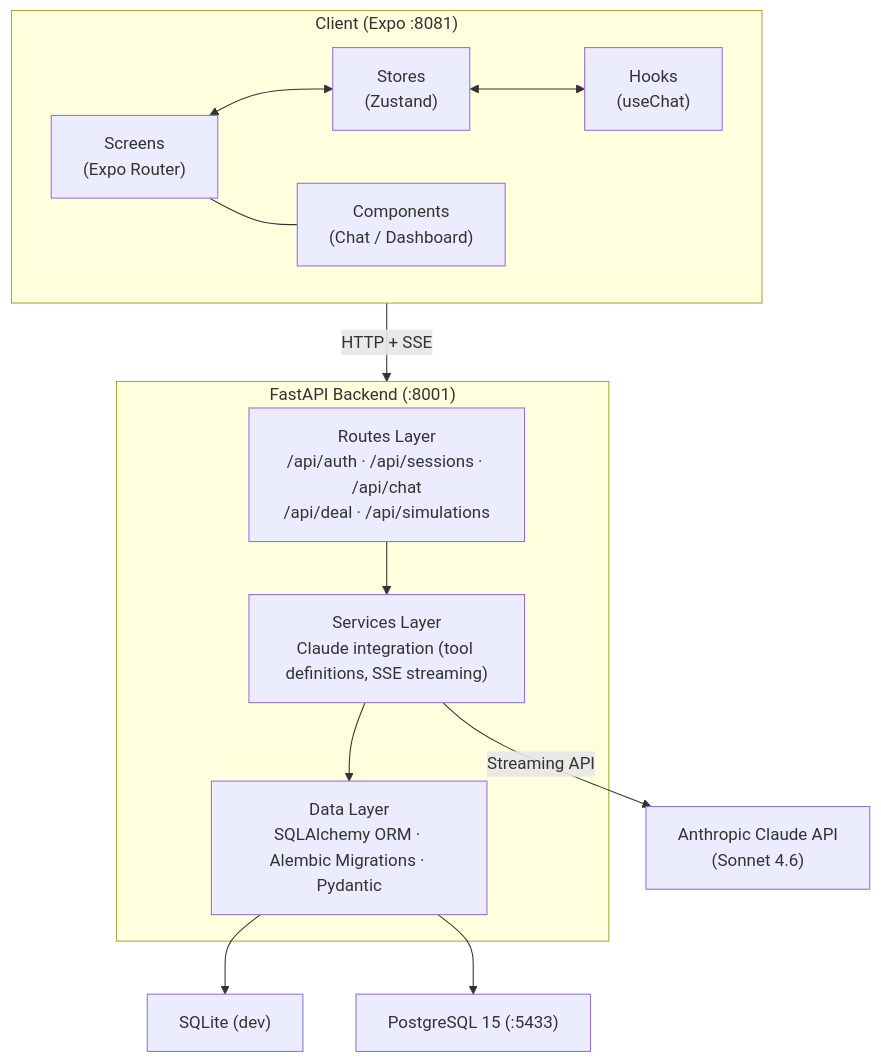
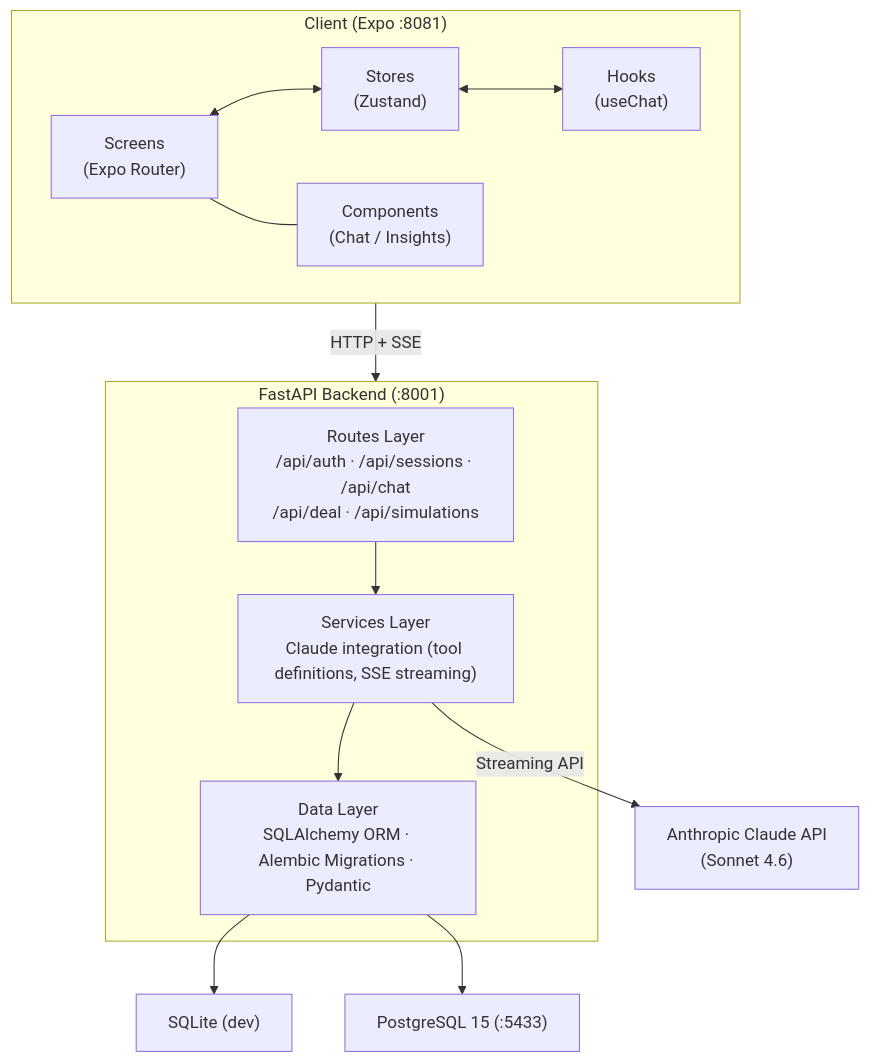
One commit to kramersmith/dealership-ai changed the first of 2 diagrams in docs/TRD.md. Above: the diagram before and after it, drawn with Mermaid. The commit also changed other lines of this file and 22 other files, not shown here.

First line of the commit message:
refactor(frontend): rename dashboard to insights and extract shared constants

````diff
--- a/docs/TRD.md
+++ b/docs/TRD.md
@@ -70,24 +70,24 @@
 ```mermaid
 graph TB
     subgraph Client["Client (Expo :8081)"]
         Screens["Screens<br/>(Expo Router)"]
         Stores["Stores<br/>(Zustand)"]
         Hooks["Hooks<br/>(useChat)"]
-        Components["Components<br/>(Chat / Dashboard)"]
+        Components["Components<br/>(Chat / Insights)"]
         Screens <--> Stores <--> Hooks
         Screens --- Components
     end
 
     Client -->|"HTTP + SSE"| Backend
 
     subgraph Backend["FastAPI Backend (:8001)"]
         Routes["Routes Layer<br/>/api/auth · /api/sessions · /api/chat<br/>/api/deal · /api/simulations"]
         Services["Services Layer<br/>Claude integration (tool definitions, SSE streaming)"]
         Data["Data Layer<br/>SQLAlchemy ORM · Alembic Migrations · Pydantic"]
         Routes --> Services --> Data
     end
 
     Data --> SQLite["SQLite (dev)"]
     Data --> PostgreSQL["PostgreSQL 15 (:5433)"]
     Services -->|"Streaming API"| Claude["Anthropic Claude API<br/>(Sonnet 4.6)"]
 ```
````
